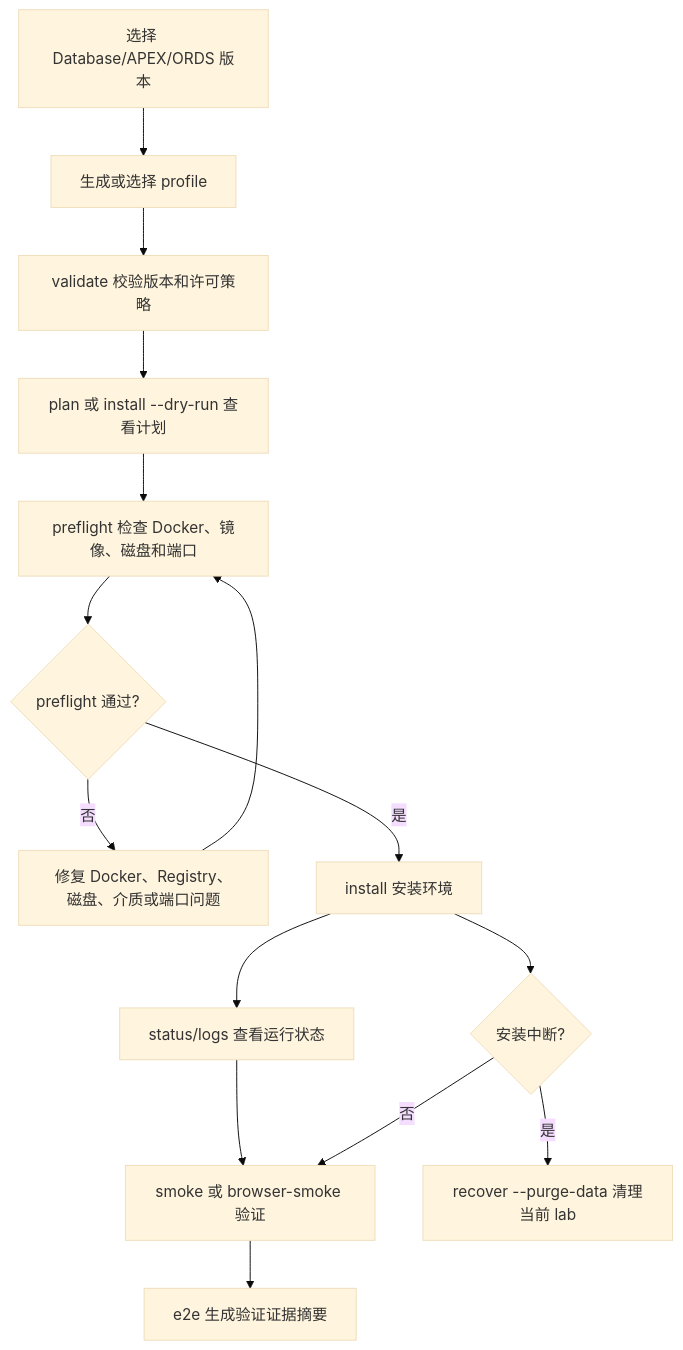
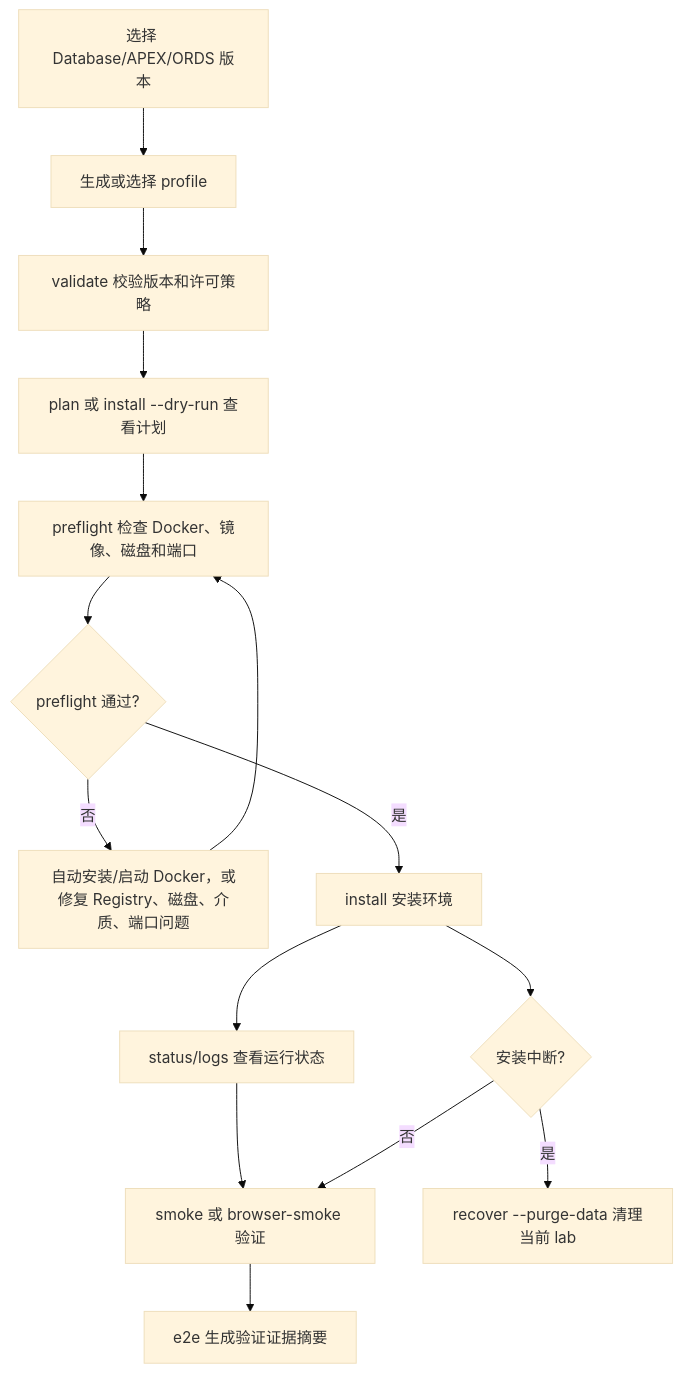
One commit to wfg2513148/rapid-apex changed the second of 2 diagrams in CN.md. Above: the diagram before and after it, drawn with Mermaid (base theme). The commit also changed other lines of this file and 7 other files, not shown here.

````diff
--- a/CN.md
+++ b/CN.md
@@ -69,17 +70,17 @@
 ```mermaid
 flowchart TD
   A["选择 Database/APEX/ORDS 版本"] --> B["生成或选择 profile"]
   B --> C["validate 校验版本和许可策略"]
   C --> D["plan 或 install --dry-run 查看计划"]
   D --> E["preflight 检查 Docker、镜像、磁盘和端口"]
   E --> F{"preflight 通过?"}
-  F -- "否" --> G["修复 Docker、Registry、磁盘、介质或端口问题"]
+  F -- "否" --> G["自动安装/启动 Docker，或修复 Registry、磁盘、介质、端口问题"]
   G --> E
   F -- "是" --> H["install 安装环境"]
   H --> I["status/logs 查看运行状态"]
   I --> J["smoke 或 browser-smoke 验证"]
   J --> K["e2e 生成验证证据摘要"]
   H --> L{"安装中断?"}
   L -- "是" --> M["recover --purge-data 清理当前 lab"]
   L -- "否" --> J
 ```
````
